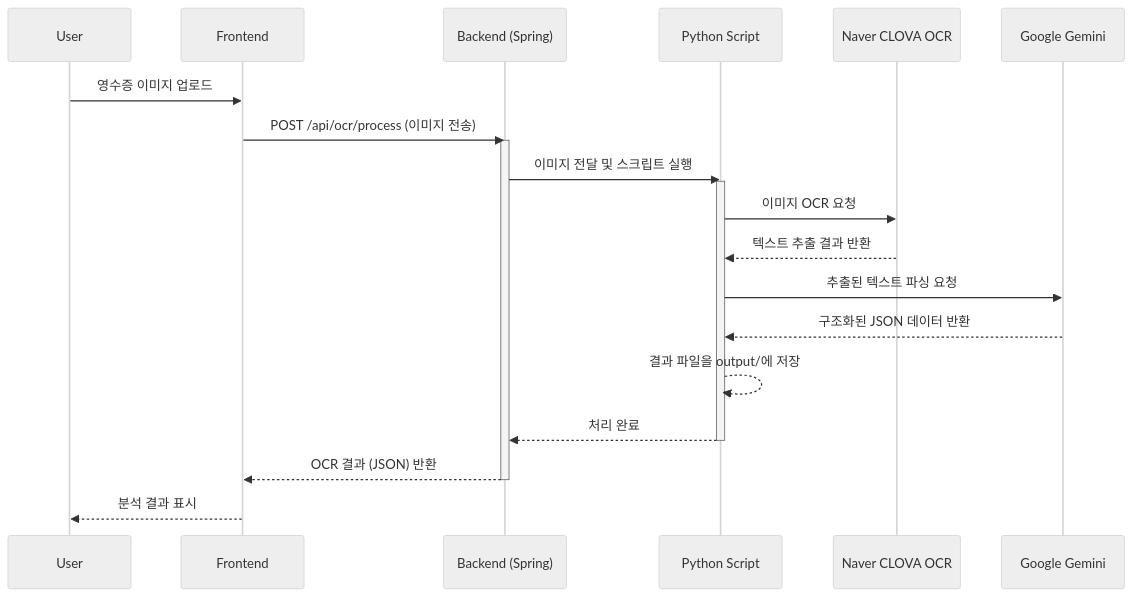
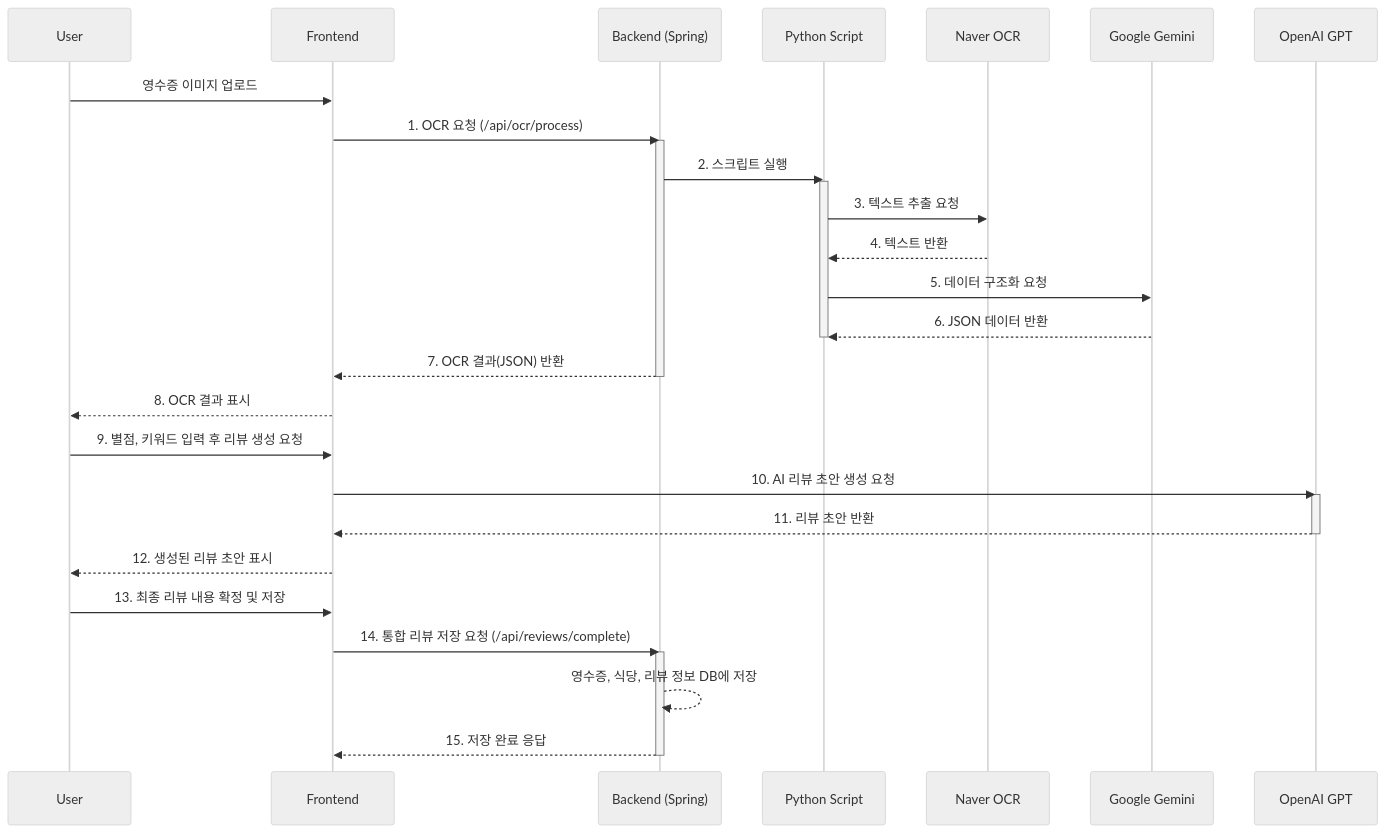
The second of 2 diagrams in README.md (kopoVIBE/FoodBuddy), drawn with Mermaid (neutral theme) before and after one commit. The commit also changed other lines of this file, not shown here.

````diff
--- a/README.md
+++ b/README.md
@@ -179,25 +128,38 @@
 ```mermaid
 sequenceDiagram
     participant User
     participant Frontend
     participant Backend (Spring)
     participant Python Script
-    participant Naver CLOVA OCR
+    participant Naver OCR
     participant Google Gemini
+    participant OpenAI GPT
 
     User->>Frontend: 영수증 이미지 업로드
-    Frontend->>Backend (Spring): POST /api/ocr/process (이미지 전송)
+    Frontend->>Backend (Spring): 1. OCR 요청 (/api/ocr/process)
     activate Backend (Spring)
-    Backend (Spring)->>Python Script: 이미지 전달 및 스크립트 실행
+    Backend (Spring)->>Python Script: 2. 스크립트 실행
     activate Python Script
-    Python Script->>Naver CLOVA OCR: 이미지 OCR 요청
-    Naver CLOVA OCR-->>Python Script: 텍스트 추출 결과 반환
-    Python Script->>Google Gemini: 추출된 텍스트 파싱 요청
-    Google Gemini-->>Python Script: 구조화된 JSON 데이터 반환
-    Python Script-->>Python Script: 결과 파일을 output/에 저장
-    Python Script-->>Backend (Spring): 처리 완료
+    Python Script->>Naver OCR: 3. 텍스트 추출 요청
+    Naver OCR-->>Python Script: 4. 텍스트 반환
+    Python Script->>Google Gemini: 5. 데이터 구조화 요청
+    Google Gemini-->>Python Script: 6. JSON 데이터 반환
     deactivate Python Script
-    Backend (Spring)-->>Frontend: OCR 결과 (JSON) 반환
+    Backend (Spring)-->>Frontend: 7. OCR 결과(JSON) 반환
     deactivate Backend (Spring)
-    Frontend-->>User: 분석 결과 표시
+    Frontend-->>User: 8. OCR 결과 표시
+
+    User->>Frontend: 9. 별점, 키워드 입력 후 리뷰 생성 요청
+    Frontend->>OpenAI GPT: 10. AI 리뷰 초안 생성 요청
+    activate OpenAI GPT
+    OpenAI GPT-->>Frontend: 11. 리뷰 초안 반환
+    deactivate OpenAI GPT
+    Frontend-->>User: 12. 생성된 리뷰 초안 표시
+
+    User->>Frontend: 13. 최종 리뷰 내용 확정 및 저장
+    Frontend->>Backend (Spring): 14. 통합 리뷰 저장 요청 (/api/reviews/complete)
+    activate Backend (Spring)
+    Backend (Spring)-->>Backend (Spring): 영수증, 식당, 리뷰 정보 DB에 저장
+    Backend (Spring)-->>Frontend: 15. 저장 완료 응답
+    deactivate Backend (Spring)
 ```
````
